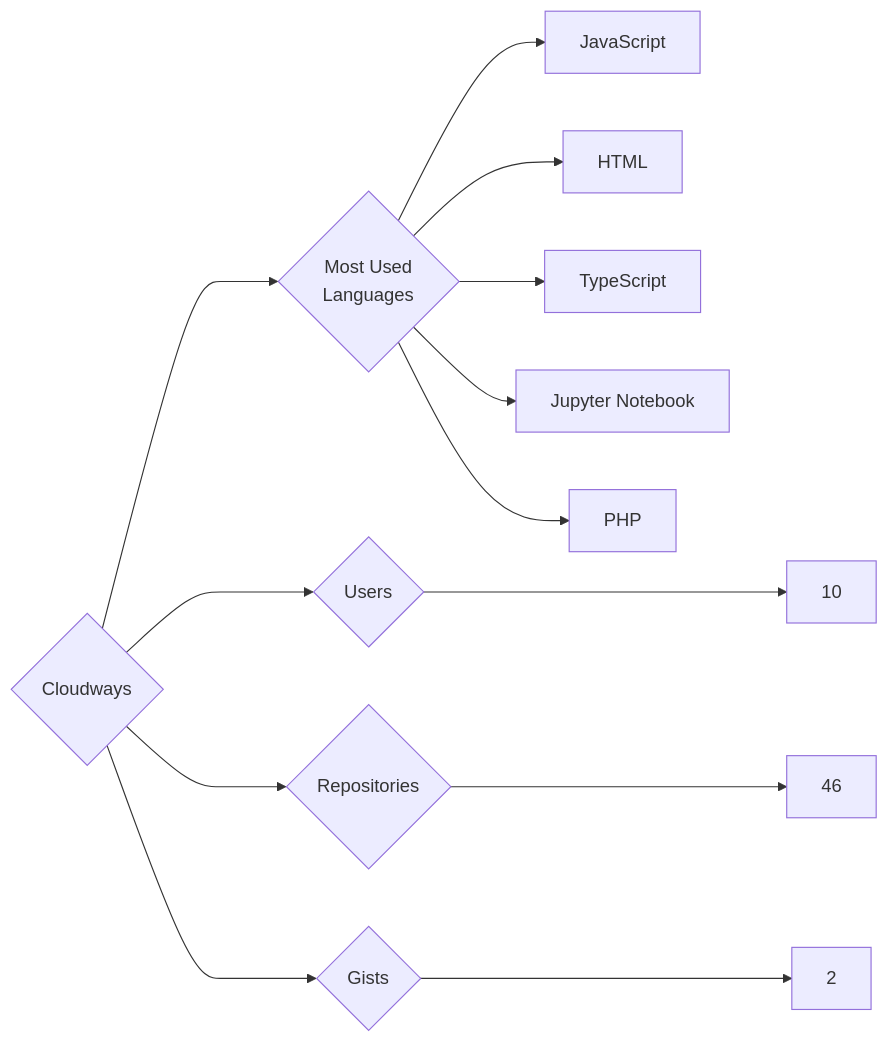
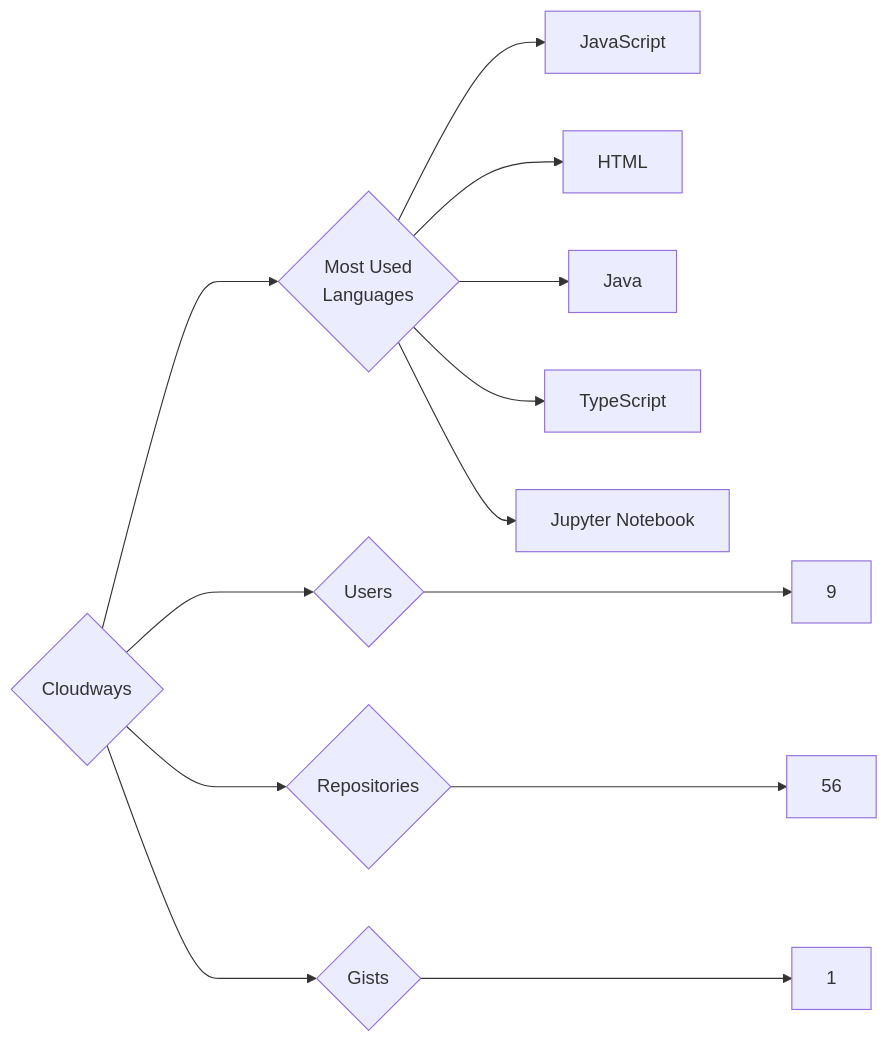
The diagram in targets/Cloudways/README.md (trickest/insiders), drawn with Mermaid before and after one commit. The commit also changed 1084 other files, not shown here.

````diff
--- a/targets/Cloudways/README.md
+++ b/targets/Cloudways/README.md
@@ -3,13 +3,13 @@
 ```mermaid
 graph LR
 COMPANY_NAME{Cloudways}
-COMPANY_NAME ---> U{Users} ---> UN[10]
-COMPANY_NAME ---> R{Repositories} ---> RN[46]
-COMPANY_NAME ---> G{Gists} ---> GN[2]
+COMPANY_NAME ---> U{Users} ---> UN[9]
+COMPANY_NAME ---> R{Repositories} ---> RN[56]
+COMPANY_NAME ---> G{Gists} ---> GN[1]
 COMPANY_NAME ---> ML{Most Used<br>Languages}
 ML --> JavaScript[JavaScript]
 ML --> HTML[HTML]
+ML --> Java[Java]
 ML --> TypeScript[TypeScript]
 ML --> Jupyter_Notebook[Jupyter Notebook]
-ML --> PHP[PHP]
 ```
````
